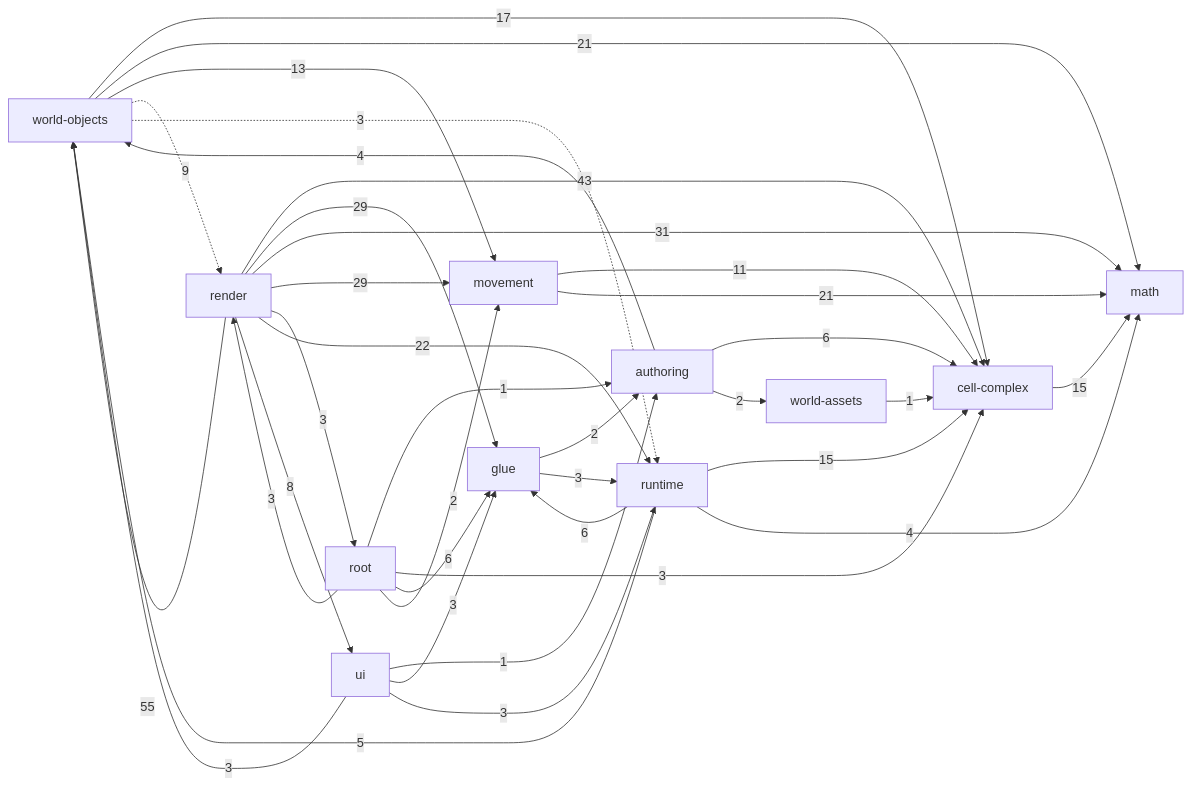
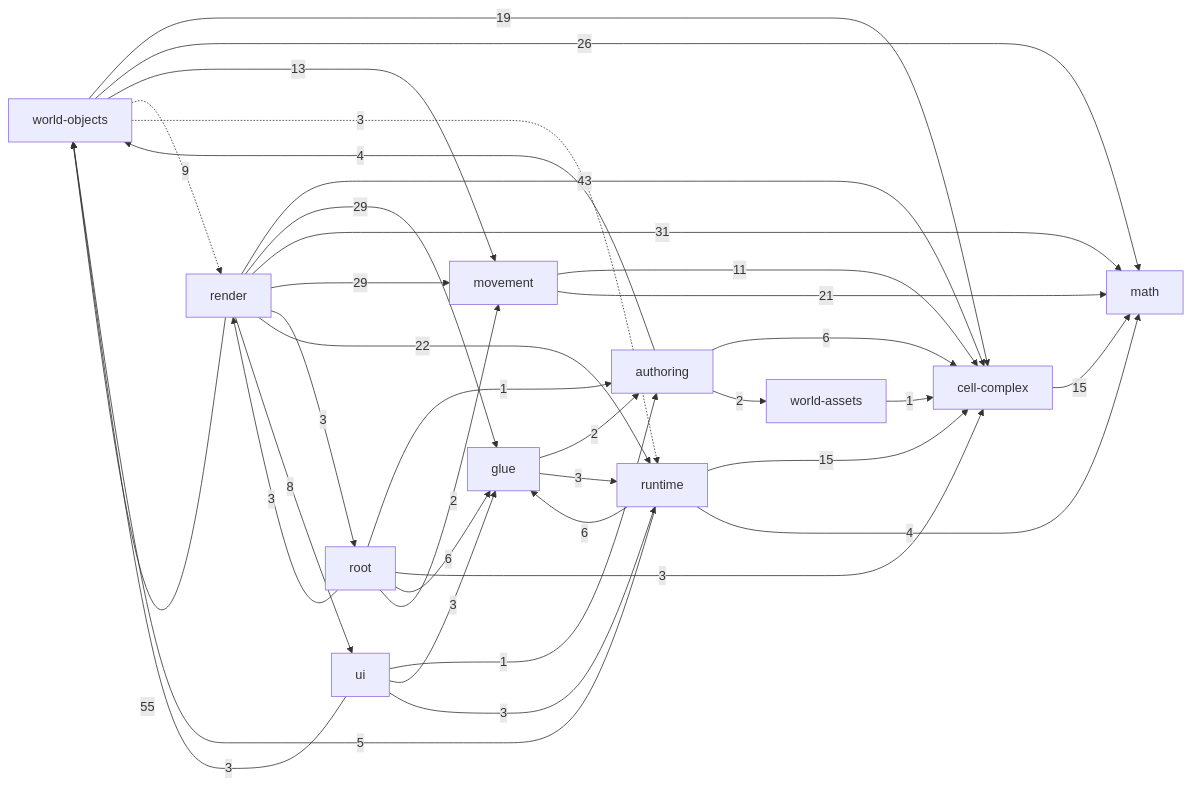
One commit to guraltsev/noneuclid-fpv changed the diagram in _docs/generated/ARCHITECTURE_REFERENCE.md. Above: the diagram before and after it, drawn with Mermaid. The commit also changed other lines of this file and 7 other files, not shown here.

````diff
--- a/_docs/generated/ARCHITECTURE_REFERENCE.md
+++ b/_docs/generated/ARCHITECTURE_REFERENCE.md
@@ -32,49 +32,49 @@
 ```mermaid
 flowchart LR
   math["math"]
   cell_complex["cell-complex"]
   movement["movement"]
   world_assets["world-assets"]
   world_objects["world-objects"]
   authoring["authoring"]
   runtime["runtime"]
   ui["ui"]
   glue["glue"]
   render["render"]
   root["root"]
   authoring -->|6| cell_complex
   authoring -->|2| world_assets
   authoring -->|4| world_objects
   cell_complex -->|15| math
   glue -->|2| authoring
   glue -->|3| runtime
   movement -->|11| cell_complex
   movement -->|21| math
   render -->|43| cell_complex
   render -->|29| glue
   render -->|31| math
   render -->|29| movement
   render -->|3| root
   render -->|22| runtime
   render -->|8| ui
   render -->|55| world_objects
   root -->|1| authoring
   root -->|3| cell_complex
   root -->|6| glue
   root -->|2| movement
   root -->|3| render
   runtime -->|15| cell_complex
   runtime -->|6| glue
   runtime -->|4| math
   runtime -->|5| world_objects
   ui -->|1| authoring
   ui -->|3| glue
   ui -->|3| runtime
   ui -->|3| world_objects
   world_assets -->|1| cell_complex
-  world_objects -->|17| cell_complex
-  world_objects -->|21| math
+  world_objects -->|19| cell_complex
+  world_objects -->|26| math
   world_objects -->|13| movement
   world_objects -.->|9| render
   world_objects -.->|3| runtime
 ```
````
